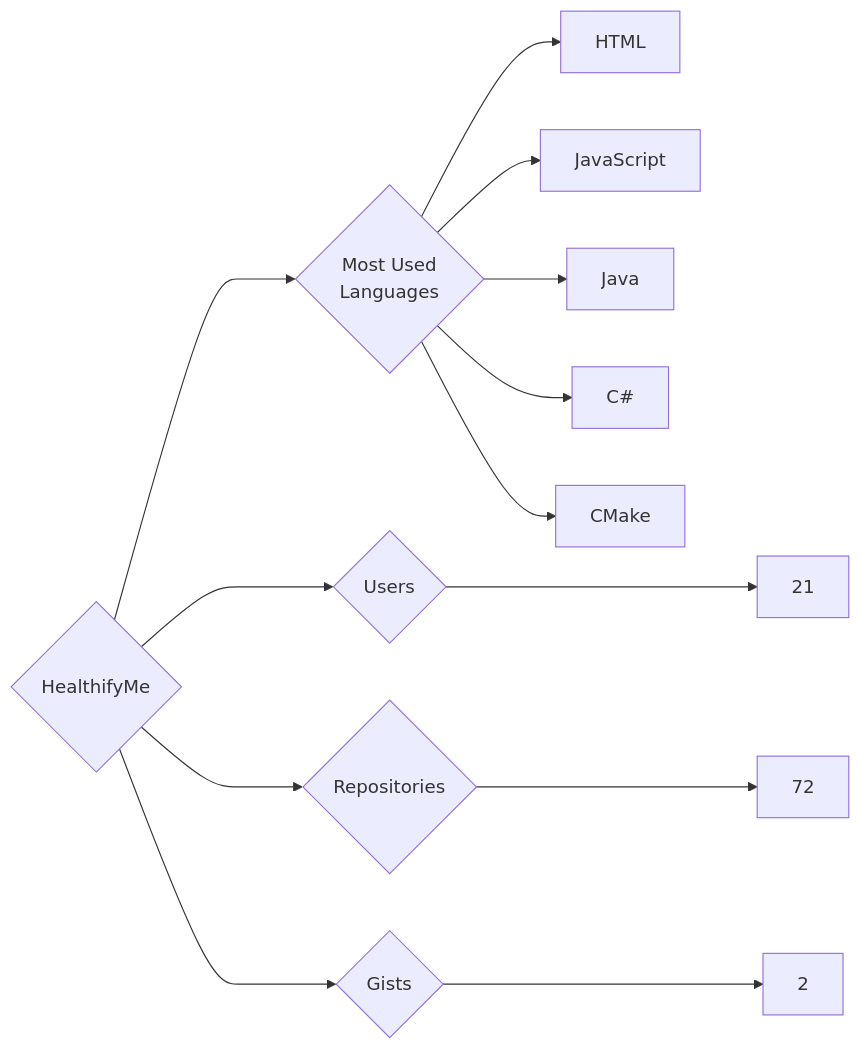
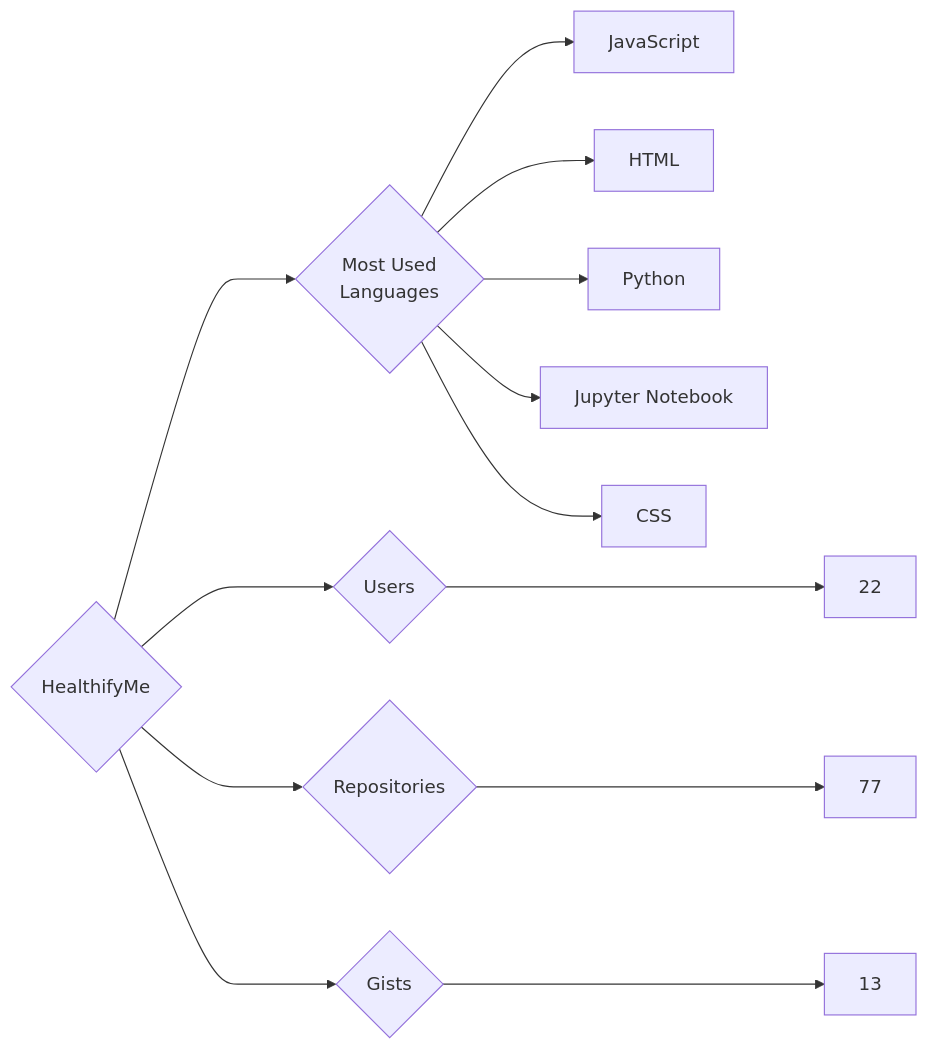
One commit to trickest/insiders changed the diagram in targets/HealthifyMe/README.md. Above: the diagram before and after it, drawn with Mermaid. The commit also changed 750 other files, not shown here.

````diff
--- a/targets/HealthifyMe/README.md
+++ b/targets/HealthifyMe/README.md
@@ -3,13 +3,13 @@
 ```mermaid
 graph LR
 COMPANY_NAME{HealthifyMe}
-COMPANY_NAME ---> U{Users} ---> UN[21]
-COMPANY_NAME ---> R{Repositories} ---> RN[72]
-COMPANY_NAME ---> G{Gists} ---> GN[2]
+COMPANY_NAME ---> U{Users} ---> UN[22]
+COMPANY_NAME ---> R{Repositories} ---> RN[77]
+COMPANY_NAME ---> G{Gists} ---> GN[13]
 COMPANY_NAME ---> ML{Most Used<br>Languages}
+ML --> JavaScript[JavaScript]
 ML --> HTML[HTML]
-ML --> JavaScript[JavaScript]
-ML --> Java[Java]
-ML --> C#[C#]
-ML --> CMake[CMake]
+ML --> Python[Python]
+ML --> Jupyter_Notebook[Jupyter Notebook]
+ML --> CSS[CSS]
 ```
````
